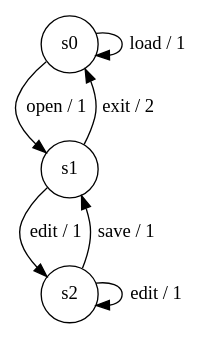
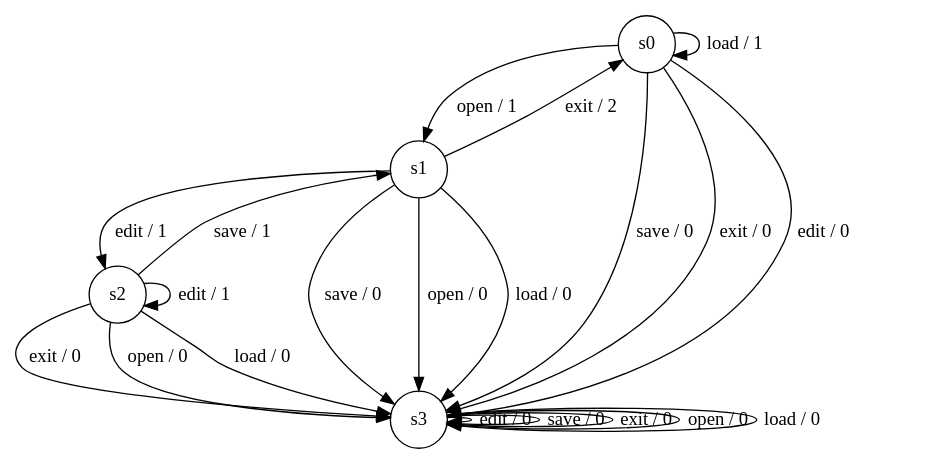
The diagram in TextEditorSystem/TextEditor.dot (Arwa1986/EDSM-vs-Patterns-Learner), drawn with Graphviz before and after one commit. The commit also changed 17 other files, not shown here.

```diff
--- a/TextEditorSystem/TextEditor.dot
+++ b/TextEditorSystem/TextEditor.dot
@@ -1,12 +1,31 @@
 digraph g {
     	s0 [shape="circle" label="s0"];
     	s1 [shape="circle" label="s1"];
     	s2 [shape="circle" label="s2"];
+    	s3 [shape="circle" label="s3"];
 
     	s0 -> s1 [label="open / 1"];
     	s0 -> s0 [label="load / 1"];
+    	s0 -> s3 [label="save / 0"];
+    	s0 -> s3 [label="exit / 0"];
+    	s0 -> s3 [label="edit / 0"];
+
     	s1 -> s2 [label="edit / 1"];
     	s1 -> s0 [label="exit / 2"];
+    	s1 -> s3 [label="save / 0"];
+    	s1 -> s3 [label="open / 0"];
+    	s1 -> s3 [label="load / 0"];
+
     	s2 -> s2 [label="edit / 1"];
     	s2 -> s1 [label="save / 1"];
+    	s2 -> s3 [label="exit / 0"];
+    	s2 -> s3 [label="open / 0"];
+    	s2 -> s3 [label="load / 0"];
+
+    	s3 -> s3 [label="edit / 0"];
+    	s3 -> s3 [label="save / 0"];
+    	s3 -> s3 [label="exit / 0"];
+    	s3 -> s3 [label="open / 0"];
+    	s3 -> s3 [label="load / 0"];
+
     }
```
